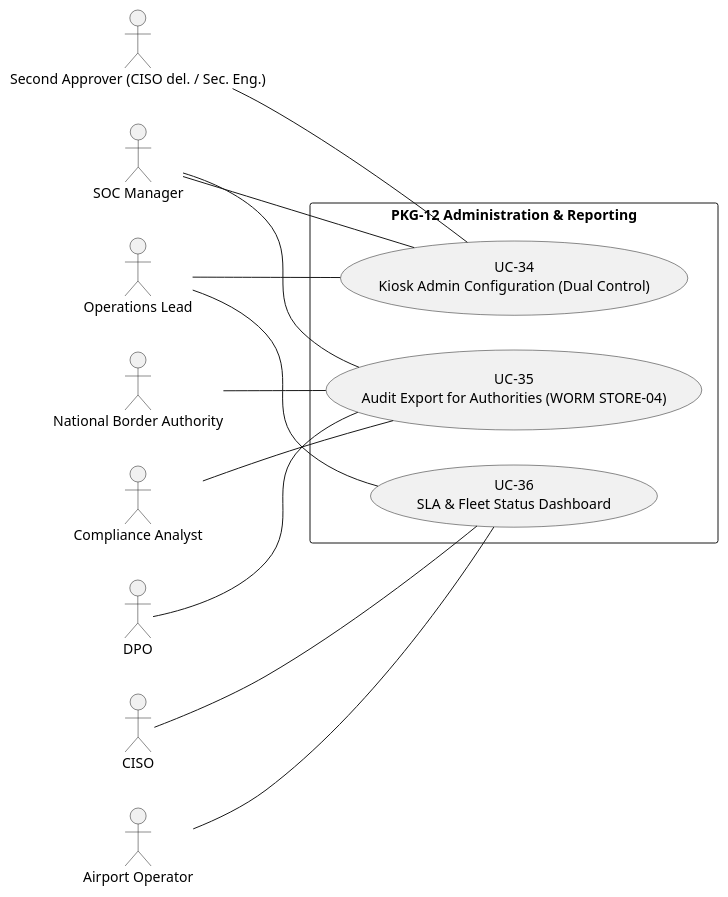
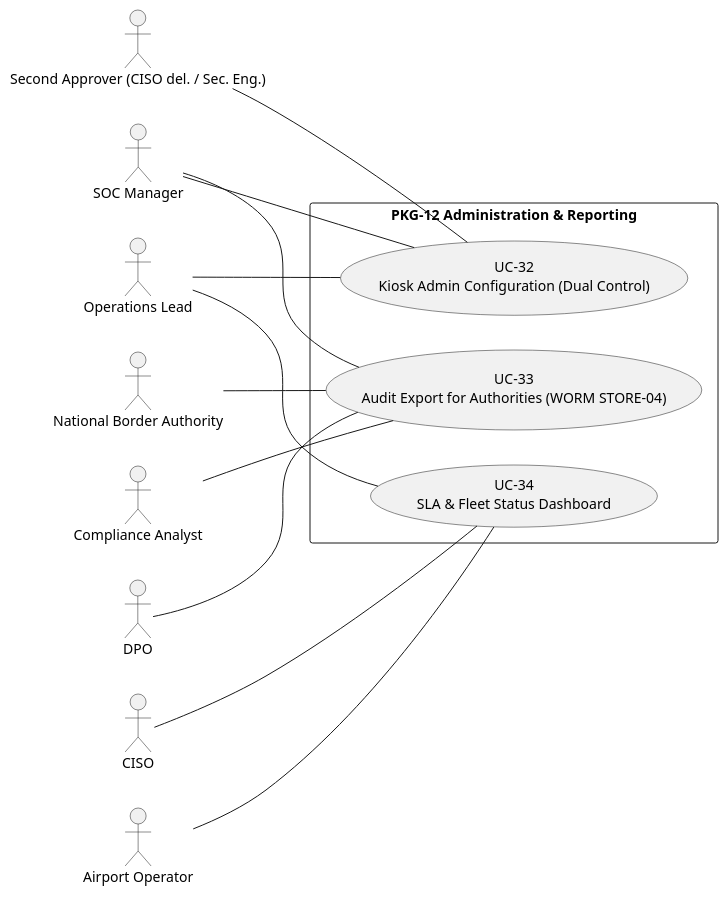
The sixth of 6 diagrams in 02_CASES/Case_02_SecureBorder_Solutions/03_PHASE3_DECOMPOSITION/annexes/A_Use_Case_Diagrams.md (pauloribeiro16/Methodology_compact), drawn with PlantUML before and after one commit. The commit also changed other lines of this file and 12 other files, not shown here.

Commit message:
[EXECUTOR] F3 ledger-zero C2: 2 borderline re-laned (UC-30/33 → CAP-11/12, P7) + product renumber UC-16..34; Doc21 v1.7 (34 UCs) + Doc31 v1.3 (12 CAP cards + articulation) + annexes/SVGs re-rendered; gates: verify_rich 8/8 (34=34), audit 100%, mermaid 196/196

````diff
--- a/02_CASES/Case_02_SecureBorder_Solutions/03_PHASE3_DECOMPOSITION/annexes/A_Use_Case_Diagrams.md
+++ b/02_CASES/Case_02_SecureBorder_Solutions/03_PHASE3_DECOMPOSITION/annexes/A_Use_Case_Diagrams.md
@@ -330,28 +319,28 @@
 ```plantuml
 @startuml
 left to right direction
 actor "Operations Lead" as OPS
 actor "Second Approver (CISO del. / Sec. Eng.)" as APPR
 actor "National Border Authority" as NBA
 actor "Compliance Analyst" as COMP
 actor "DPO" as DPO
 actor "SOC Manager" as SOC
 actor "CISO" as CISO
 actor "Airport Operator" as APT
 rectangle "PKG-12 Administration & Reporting" {
-usecase "UC-34\nKiosk Admin Configuration (Dual Control)" as UC1211
-usecase "UC-35\nAudit Export for Authorities (WORM STORE-04)" as UC1221
-usecase "UC-36\nSLA & Fleet Status Dashboard" as UC1231
+usecase "UC-32\nKiosk Admin Configuration (Dual Control)" as UC1211
+usecase "UC-33\nAudit Export for Authorities (WORM STORE-04)" as UC1221
+usecase "UC-34\nSLA & Fleet Status Dashboard" as UC1231
 }
 OPS -- UC1211
 OPS -- UC1231
 APPR -- UC1211
 NBA -- UC1221
 COMP -- UC1221
 DPO -- UC1221
 SOC -- UC1211
 SOC -- UC1221
 CISO -- UC1231
 APT -- UC1231
 @enduml
 ```
````
